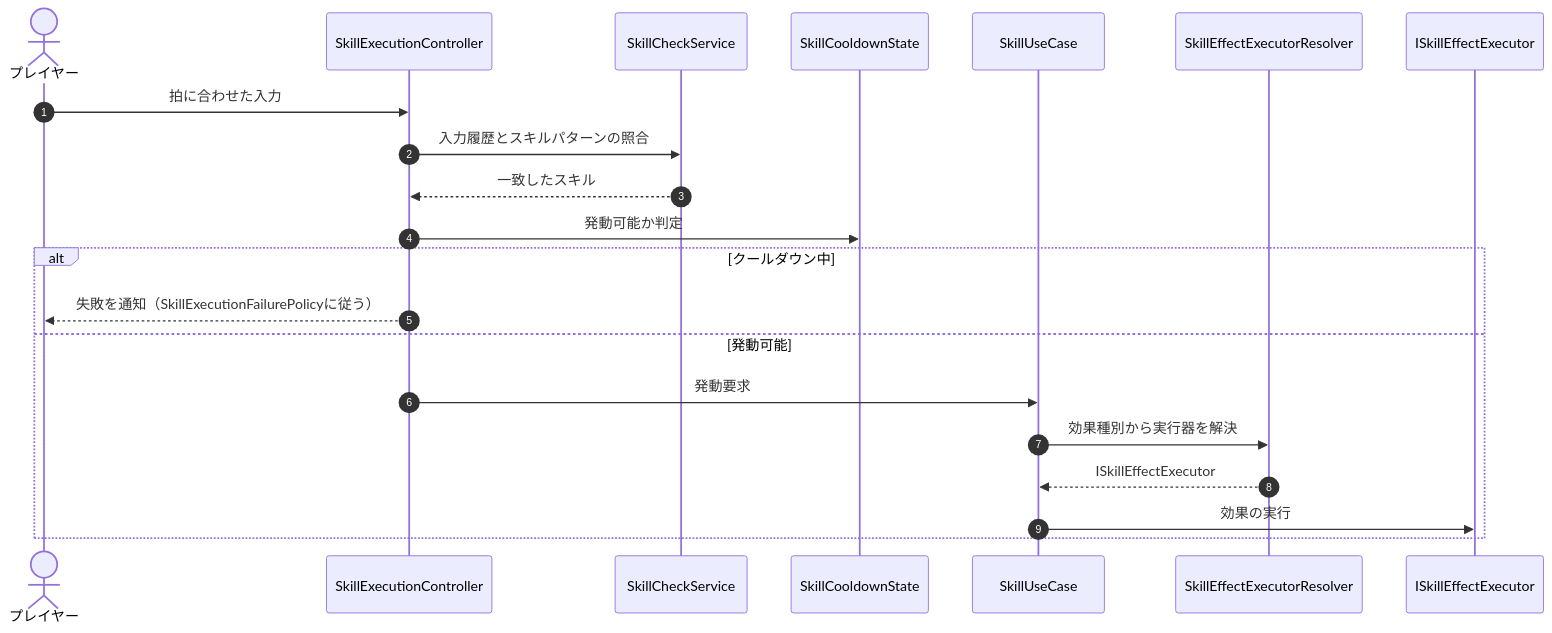
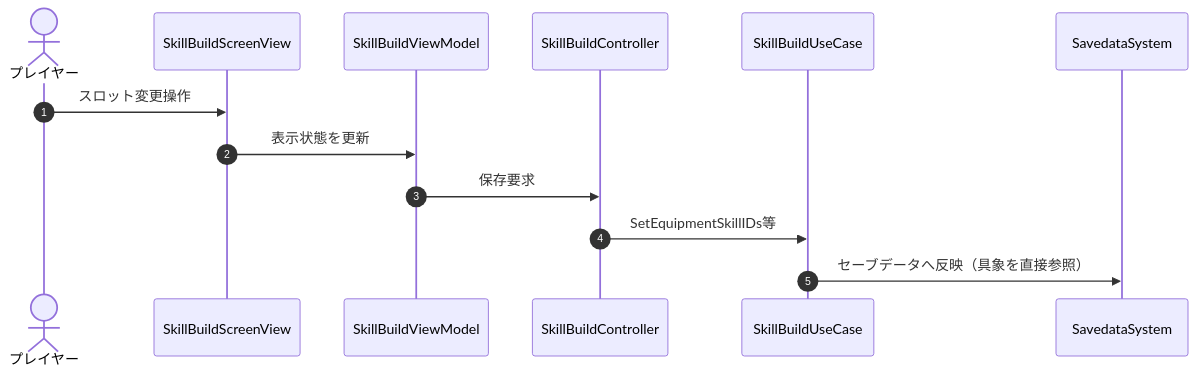
One commit to HIBIKI5201/SymphonyKillChord changed the second of 3 diagrams in Assets/Docs/ScriptsDocs/Modules/NotionModuleDocs/Skill.md. Above: the diagram before and after it, drawn with Mermaid. The commit also changed other lines of this file and 2383 other files, not shown here.

````diff
--- a/Assets/Docs/ScriptsDocs/Modules/NotionModuleDocs/Skill.md
+++ b/Assets/Docs/ScriptsDocs/Modules/NotionModuleDocs/Skill.md
@@ -166,24 +126,16 @@
 ```mermaid
 sequenceDiagram
     autonumber
     actor Player as プレイヤー
-    participant Ctrl as SkillExecutionController
-    participant Check as SkillCheckService
-    participant Cooldown as SkillCooldownState
-    participant UseCase as SkillUseCase
-    participant Resolver as SkillEffectExecutorResolver
-    participant Executor as ISkillEffectExecutor
+    participant View as SkillBuildScreenView
+    participant VM as SkillBuildViewModel
+    participant Controller as SkillBuildController
+    participant UseCase as SkillBuildUseCase
+    participant SaveSys as SavedataSystem
 
-    Player ->> Ctrl: 拍に合わせた入力
-    Ctrl ->> Check: 入力履歴とスキルパターンの照合
-    Check -->> Ctrl: 一致したスキル
-    Ctrl ->> Cooldown: 発動可能か判定
-    alt クールダウン中
-        Ctrl -->> Player: 失敗を通知（SkillExecutionFailurePolicyに従う）
-    else 発動可能
-        Ctrl ->> UseCase: 発動要求
-        UseCase ->> Resolver: 効果種別から実行器を解決
-        Resolver -->> UseCase: ISkillEffectExecutor
-        UseCase ->> Executor: 効果の実行
-    end
+    Player ->> View: スロット変更操作
+    View ->> VM: 表示状態を更新
+    VM ->> Controller: 保存要求
+    Controller ->> UseCase: SetEquipmentSkillIDs等
+    UseCase ->> SaveSys: セーブデータへ反映（具象を直接参照）
 ```
````
